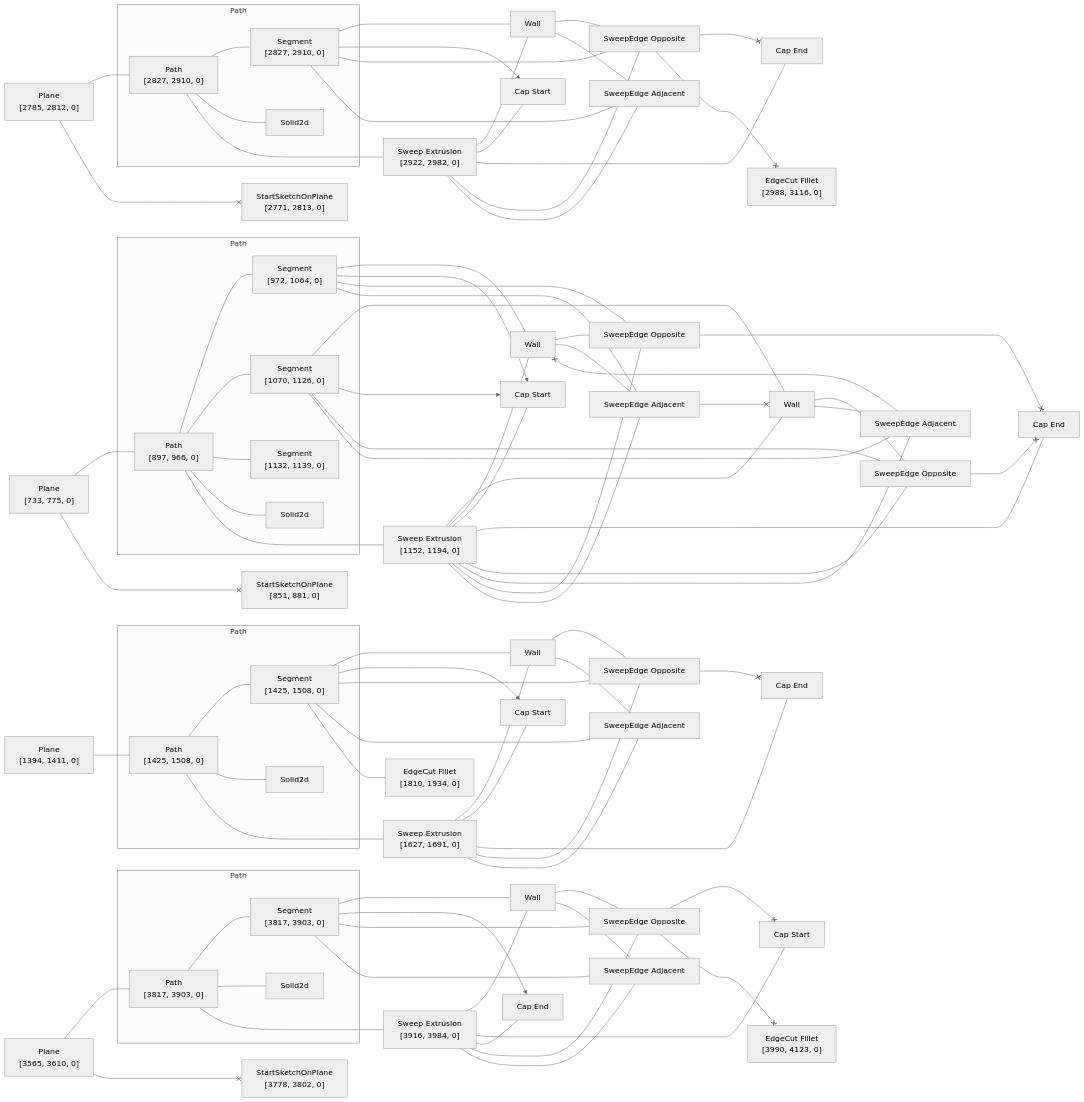
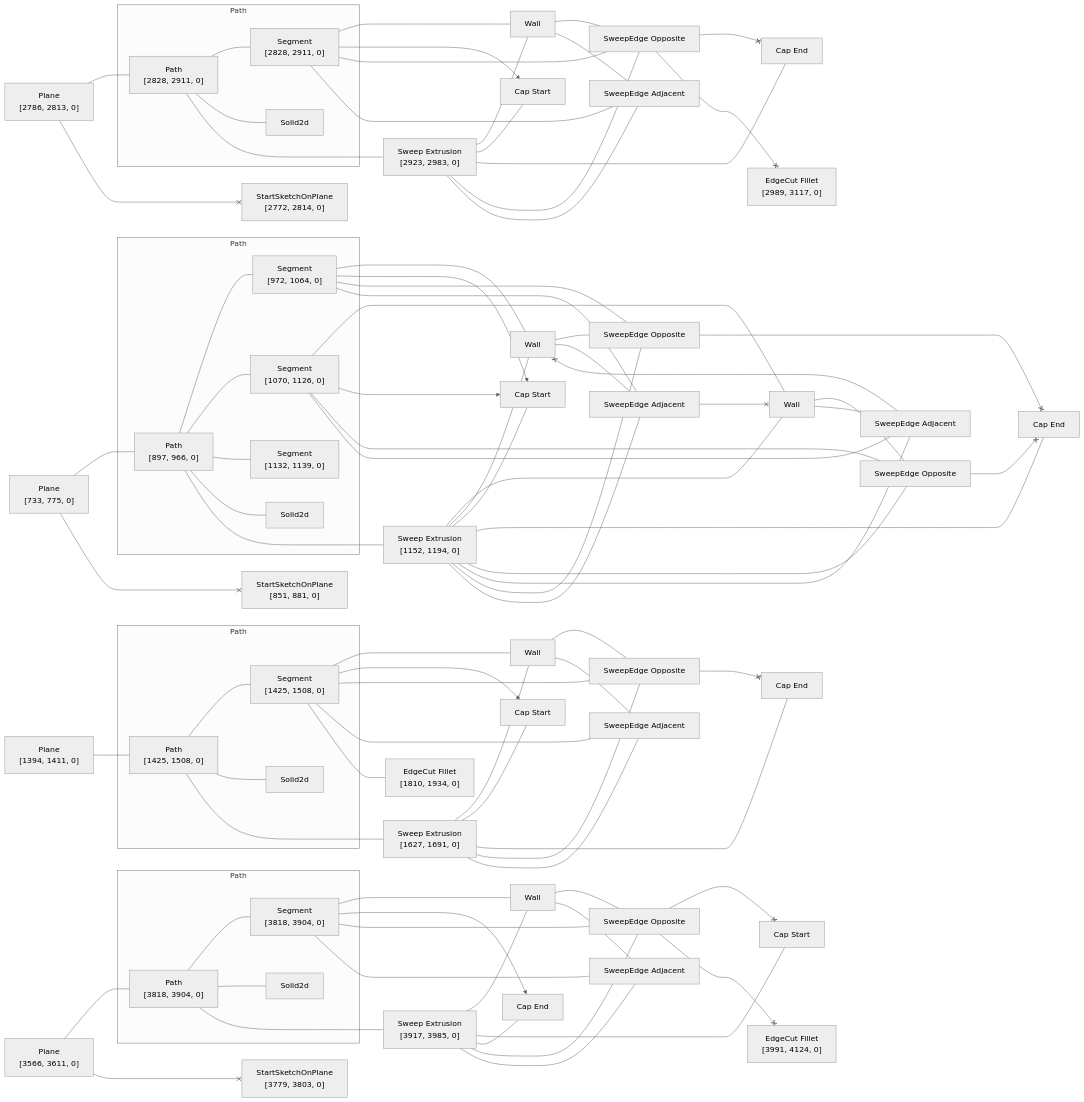
The diagram in rust/kcl-lib/tests/kcl_samples/bench-for-kids/artifact_graph_flowchart.snap.md (KittyCAD/modeling-app), drawn with Mermaid (neutral theme) before and after one commit. The commit also changed 207 other files, not shown here.

```diff
--- a/rust/kcl-lib/tests/kcl_samples/bench-for-kids/artifact_graph_flowchart.snap.md
+++ b/rust/kcl-lib/tests/kcl_samples/bench-for-kids/artifact_graph_flowchart.snap.md
@@ -19,16 +19,16 @@
     19[Solid2d]
   end
   subgraph path28 [Path]
-    28["Path<br>[2827, 2910, 0]"]
+    28["Path<br>[2828, 2911, 0]"]
       %% [ProgramBodyItem { index: 28 }, VariableDeclarationDeclaration, VariableDeclarationInit]
-    29["Segment<br>[2827, 2910, 0]"]
+    29["Segment<br>[2828, 2911, 0]"]
       %% [ProgramBodyItem { index: 28 }, VariableDeclarationDeclaration, VariableDeclarationInit]
     30[Solid2d]
   end
   subgraph path39 [Path]
-    39["Path<br>[3817, 3903, 0]"]
+    39["Path<br>[3818, 3904, 0]"]
       %% [ProgramBodyItem { index: 37 }, VariableDeclarationDeclaration, VariableDeclarationInit]
-    40["Segment<br>[3817, 3903, 0]"]
+    40["Segment<br>[3818, 3904, 0]"]
       %% [ProgramBodyItem { index: 37 }, VariableDeclarationDeclaration, VariableDeclarationInit]
     41[Solid2d]
   end
@@ -62,9 +62,9 @@
   25["SweepEdge Adjacent"]
   26["EdgeCut Fillet<br>[1810, 1934, 0]"]
     %% [ProgramBodyItem { index: 15 }, VariableDeclarationDeclaration, VariableDeclarationInit]
-  27["Plane<br>[2785, 2812, 0]"]
+  27["Plane<br>[2786, 2813, 0]"]
     %% [ProgramBodyItem { index: 27 }, VariableDeclarationDeclaration, VariableDeclarationInit, CallKwUnlabeledArg]
-  31["Sweep Extrusion<br>[2922, 2982, 0]"]
+  31["Sweep Extrusion<br>[2923, 2983, 0]"]
     %% [ProgramBodyItem { index: 29 }, VariableDeclarationDeclaration, VariableDeclarationInit, PipeBodyItem { index: 0 }]
   32[Wall]
     %% face_code_ref=Missing NodePath
@@ -74,11 +74,11 @@
     %% face_code_ref=Missing NodePath
   35["SweepEdge Opposite"]
   36["SweepEdge Adjacent"]
-  37["EdgeCut Fillet<br>[2988, 3116, 0]"]
+  37["EdgeCut Fillet<br>[2989, 3117, 0]"]
     %% [ProgramBodyItem { index: 29 }, VariableDeclarationDeclaration, VariableDeclarationInit, PipeBodyItem { index: 1 }]
-  38["Plane<br>[3565, 3610, 0]"]
+  38["Plane<br>[3566, 3611, 0]"]
     %% [ProgramBodyItem { index: 31 }, VariableDeclarationDeclaration, VariableDeclarationInit]
-  42["Sweep Extrusion<br>[3916, 3984, 0]"]
+  42["Sweep Extrusion<br>[3917, 3985, 0]"]
     %% [ProgramBodyItem { index: 38 }, VariableDeclarationDeclaration, VariableDeclarationInit, PipeBodyItem { index: 0 }]
   43[Wall]
     %% face_code_ref=Missing NodePath
@@ -88,13 +88,13 @@
     %% face_code_ref=Missing NodePath
   46["SweepEdge Opposite"]
   47["SweepEdge Adjacent"]
-  48["EdgeCut Fillet<br>[3990, 4123, 0]"]
+  48["EdgeCut Fillet<br>[3991, 4124, 0]"]
     %% [ProgramBodyItem { index: 38 }, VariableDeclarationDeclaration, VariableDeclarationInit, PipeBodyItem { index: 1 }]
   49["StartSketchOnPlane<br>[851, 881, 0]"]
     %% [ProgramBodyItem { index: 6 }, VariableDeclarationDeclaration, VariableDeclarationInit]
-  50["StartSketchOnPlane<br>[2771, 2813, 0]"]
+  50["StartSketchOnPlane<br>[2772, 2814, 0]"]
     %% [ProgramBodyItem { index: 27 }, VariableDeclarationDeclaration, VariableDeclarationInit]
-  51["StartSketchOnPlane<br>[3778, 3802, 0]"]
+  51["StartSketchOnPlane<br>[3779, 3803, 0]"]
     %% [ProgramBodyItem { index: 36 }, VariableDeclarationDeclaration, VariableDeclarationInit]
   1 --- 2
   1 <--x 49
```
